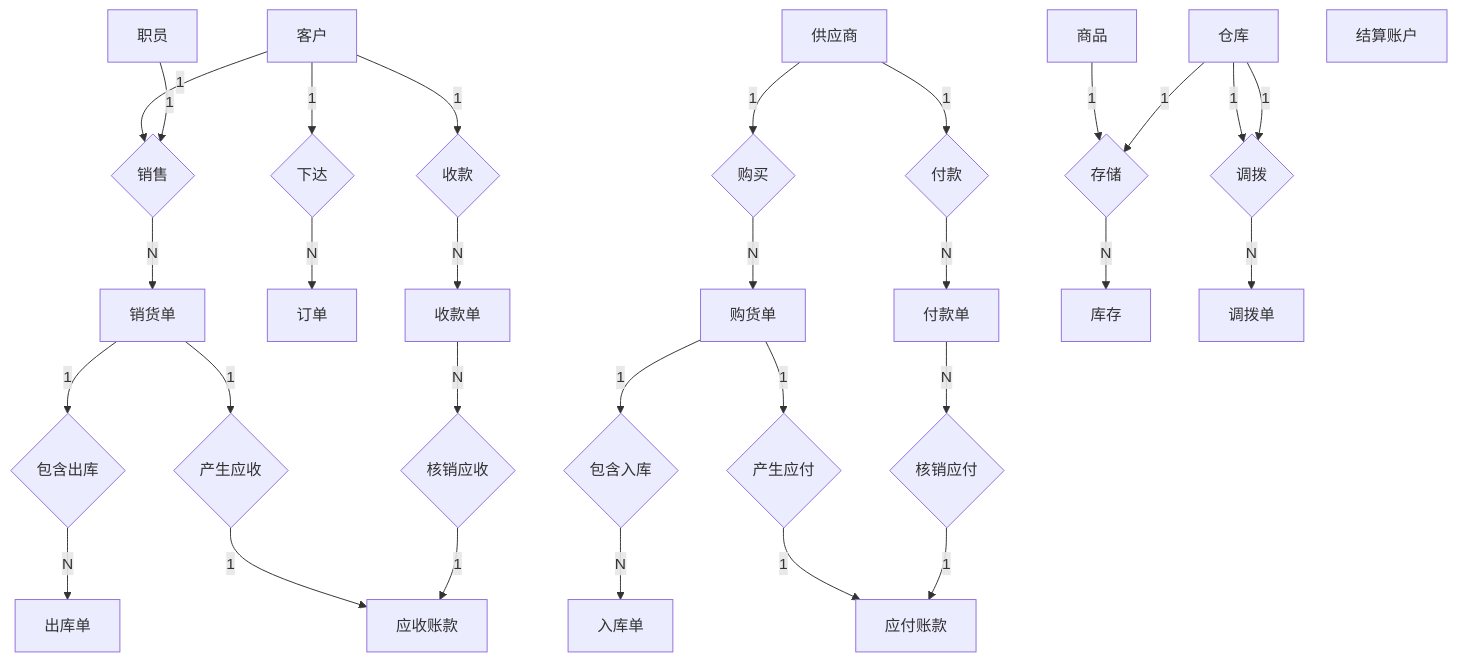
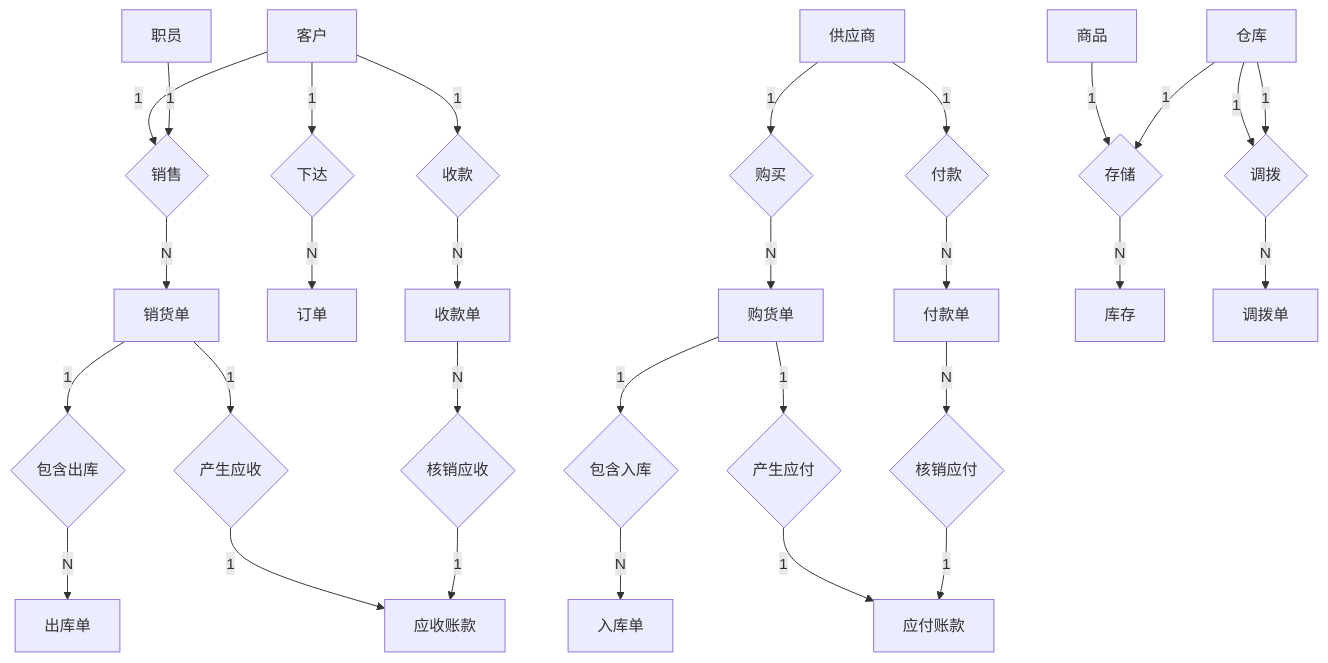
The seventh of 7 diagrams in Thesis_Design and Implementation of StarNet Cashier System Based on SpringBoot and Vue.md (LuckyRaining/starnet-erp), drawn with Mermaid before and after one commit. The commit also changed other lines of this file and 1 other file, not shown here.

Commit message:
2026/05/08-03：51，“Thesis_论文.md”中，对“2.2 系统主要功能”的功能结构图、“4.1 数据库设计”的E-R图和数据表的补充。

````diff
--- a/Thesis_Design and Implementation of StarNet Cashier System Based on SpringBoot and Vue.md
+++ b/Thesis_Design and Implementation of StarNet Cashier System Based on SpringBoot and Vue.md
@@ -732,82 +732,81 @@
 ```mermaid
 graph TB
     %% 核心实体
     Customer["客户"]
     Supplier["供应商"]
     Product["商品"]
     Warehouse["仓库"]
     Employee["职员"]
-    Account["结算账户"]
     
     Purchase["购货单"]
     Order["订单"]
     Sale["销货单"]
     
     Collection["收款单"]
     Payment["付款单"]
     Receivable["应收账款"]
     Payable["应付账款"]
     
     Stock["库存"]
     Store["入库单"]
     Checkout["出库单"]
     Transfer["调拨单"]
     
     %% 联系
     R1{"购买"}
     R2{"下达"}
     R3{"销售"}
     R4{"产生应付"}
     R5{"产生应收"}
     R6{"收款"}
     R7{"付款"}
     R8{"核销应收"}
     R9{"核销应付"}
     R10{"包含入库"}
     R11{"包含出库"}
     R12{"存储"}
     R13{"调拨"}
     
     %% 关系
     Supplier -->|1| R1
     R1 -->|N| Purchase
     
     Customer -->|1| R2
     R2 -->|N| Order
     
     Customer -->|1| R3
     Employee -->|1| R3
     R3 -->|N| Sale
     
     Purchase -->|1| R4
     R4 -->|1| Payable
     
     Sale -->|1| R5
     R5 -->|1| Receivable
     
     Customer -->|1| R6
     R6 -->|N| Collection
     
     Supplier -->|1| R7
     R7 -->|N| Payment
     
     Collection -->|N| R8
     R8 -->|1| Receivable
     
     Payment -->|N| R9
     R9 -->|1| Payable
     
     Purchase -->|1| R10
     R10 -->|N| Store
     
     Sale -->|1| R11
     R11 -->|N| Checkout
     
     Product -->|1| R12
     Warehouse -->|1| R12
     R12 -->|N| Stock
     
     Warehouse -->|1| R13
     R13 -->|N| Transfer
     Warehouse -->|1| R13
 ```
````
